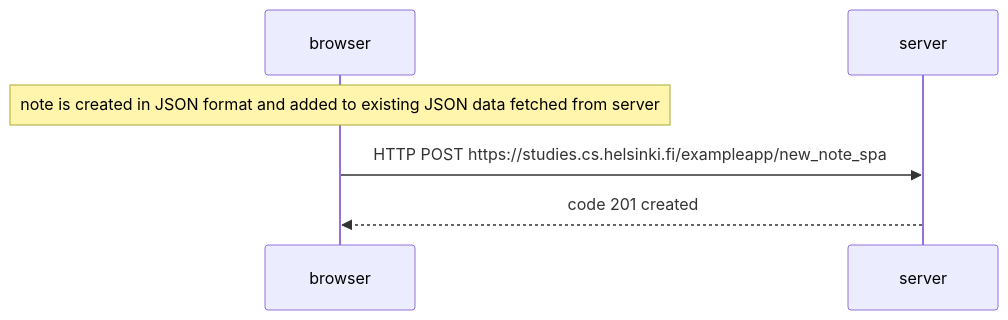
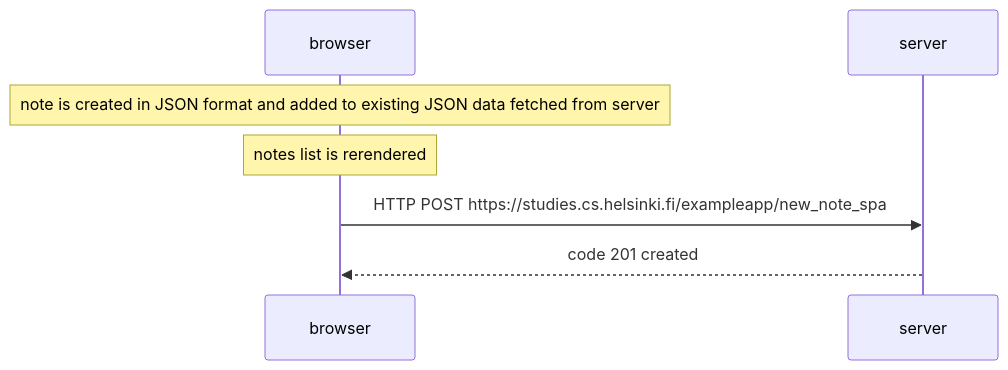
One commit to shzhe02/fullstackopen changed the diagram in part0/6_spa_new_note.md. Above: the diagram before and after it, drawn with Mermaid.

Commit message:
0.6: Fixed

````diff
--- a/part0/6_spa_new_note.md
+++ b/part0/6_spa_new_note.md
@@ -1,7 +1,8 @@
 ```mermaid
 sequenceDiagram
 
 note over browser: note is created in JSON format and added to existing JSON data fetched from server
+note over browser: notes list is rerendered
 browser->>server: HTTP POST https://studies.cs.helsinki.fi/exampleapp/new_note_spa
 server-->>browser: code 201 created
 ```
````
